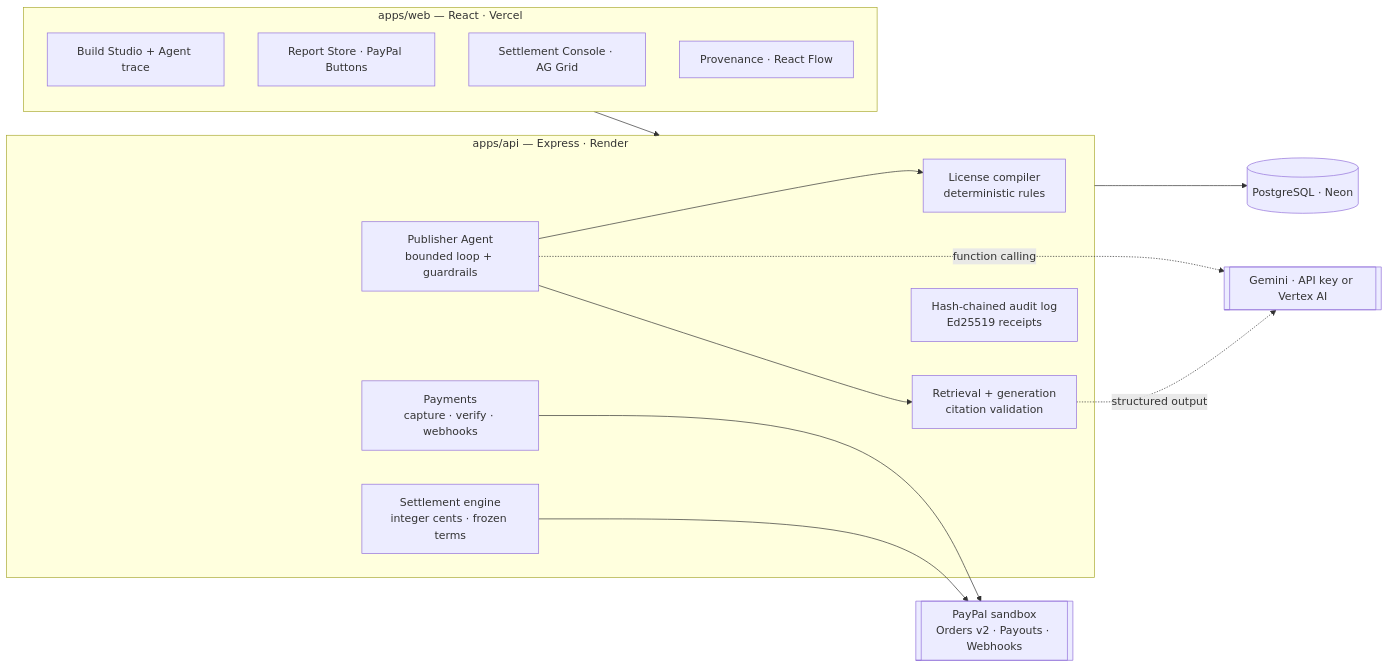
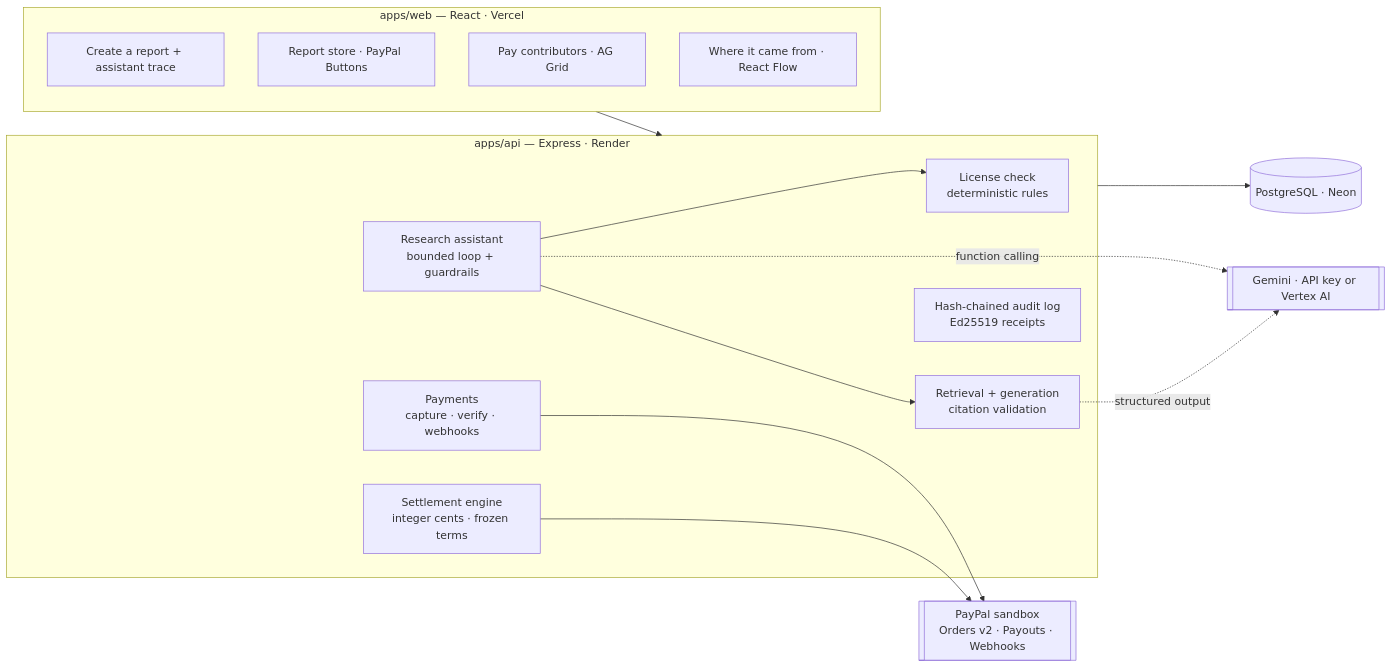
One commit to UjjwalCodes01/TracePay changed the diagram in README.md. Above: the diagram before and after it, drawn with Mermaid. The commit also changed other lines of this file and 68 other files, not shown here.

````diff
--- a/README.md
+++ b/README.md
@@ -150,29 +158,29 @@
 ```mermaid
 flowchart LR
   subgraph Web["apps/web — React · Vercel"]
-    Studio[Build Studio + Agent trace]
-    Store[Report Store · PayPal Buttons]
-    Console[Settlement Console · AG Grid]
-    Graph[Provenance · React Flow]
+    Studio[Create a report + assistant trace]
+    Store[Report store · PayPal Buttons]
+    Console[Pay contributors · AG Grid]
+    Graph[Where it came from · React Flow]
   end
   subgraph API["apps/api — Express · Render"]
-    Compiler[License compiler<br/>deterministic rules]
-    Agent[Publisher Agent<br/>bounded loop + guardrails]
+    Compiler[License check<br/>deterministic rules]
+    Agent[Research assistant<br/>bounded loop + guardrails]
     Gen[Retrieval + generation<br/>citation validation]
     Pay[Payments<br/>capture · verify · webhooks]
     Settle[Settlement engine<br/>integer cents · frozen terms]
     Audit[Hash-chained audit log<br/>Ed25519 receipts]
   end
   DB[(PostgreSQL · Neon)]
   Vertex[[Gemini · API key or Vertex AI]]
   PayPal[[PayPal sandbox<br/>Orders v2 · Payouts · Webhooks]]
 
   Web --> API
   Agent --> Compiler
   Agent --> Gen
   Agent -. function calling .-> Vertex
   Gen -. structured output .-> Vertex
   Pay --> PayPal
   Settle --> PayPal
   API --> DB
 ```
````
